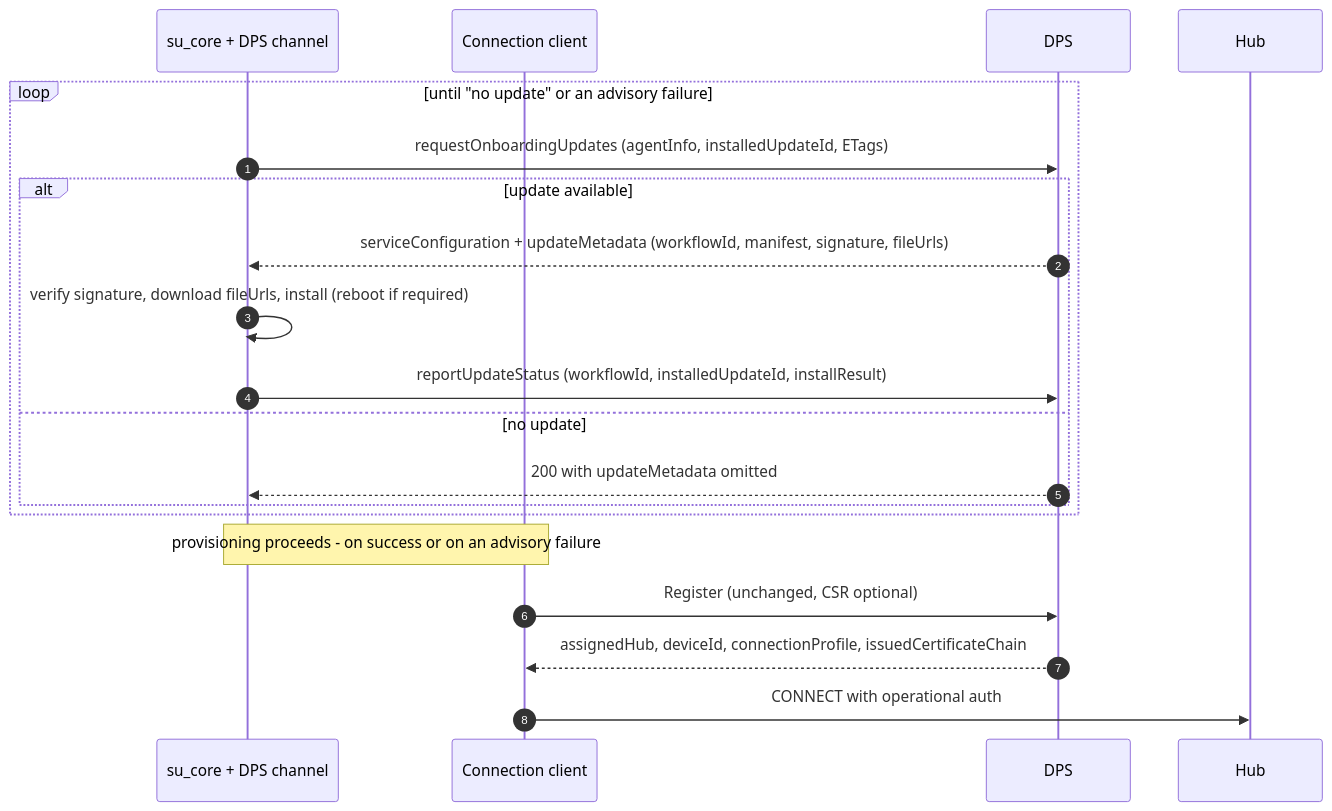
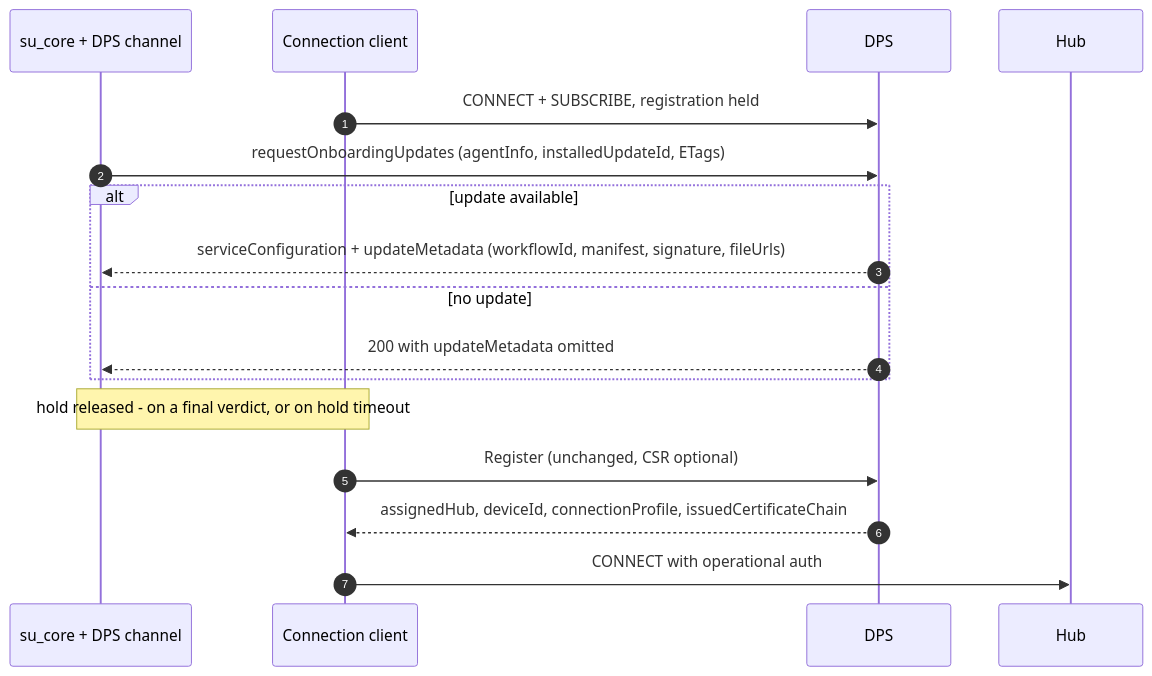
The seventh of 9 diagrams in c/docs/eng/connection.md (Azure/azure-iot-sdk), drawn with Mermaid before and after one commit. The commit also changed other lines of this file and 7 other files, not shown here.

````diff
--- a/c/docs/eng/connection.md
+++ b/c/docs/eng/connection.md
@@ -524,24 +527,21 @@
 ```mermaid
 sequenceDiagram
     autonumber
     participant SU as su_core + DPS channel
     participant Conn as Connection client
     participant DPS
     participant Hub
 
-    loop until "no update" or an advisory failure
-        SU->>DPS: requestOnboardingUpdates (agentInfo, installedUpdateId, ETags)
-        alt update available
-            DPS-->>SU: serviceConfiguration + updateMetadata (workflowId, manifest, signature, fileUrls)
-            SU->>SU: verify signature, download fileUrls, install (reboot if required)
-            SU->>DPS: reportUpdateStatus (workflowId, installedUpdateId, installResult)
-        else no update
-            DPS-->>SU: 200 with updateMetadata omitted
-        end
+    Conn->>DPS: CONNECT + SUBSCRIBE, registration held
+    SU->>DPS: requestOnboardingUpdates (agentInfo, installedUpdateId, ETags)
+    alt update available
+        DPS-->>SU: serviceConfiguration + updateMetadata (workflowId, manifest, signature, fileUrls)
+    else no update
+        DPS-->>SU: 200 with updateMetadata omitted
     end
 
-    Note over SU,Conn: provisioning proceeds - on success or on an advisory failure
+    Note over SU,Conn: hold released - on a final verdict, or on hold timeout
     Conn->>DPS: Register (unchanged, CSR optional)
     DPS-->>Conn: assignedHub, deviceId, connectionProfile, issuedCertificateChain
     Conn->>Hub: CONNECT with operational auth
 ```
````
